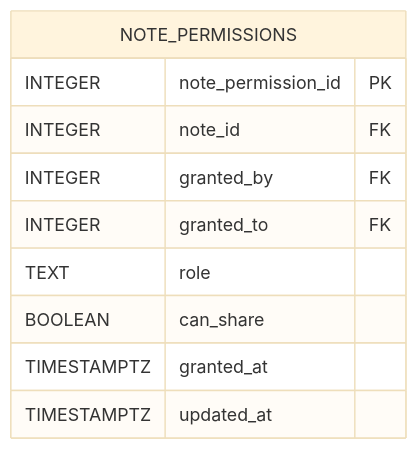
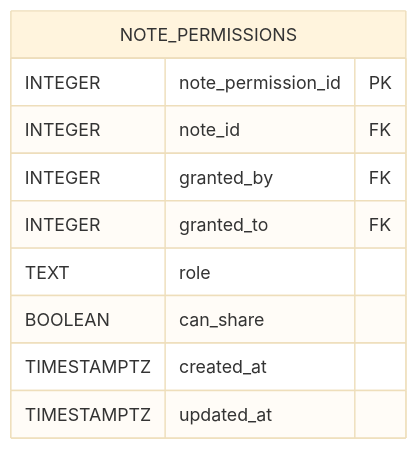
Before and after one commit to go-park-mail-ru/2025_2_FiveCode: the ninth of 12 diagrams in db/normalized/relations.md, drawn with Mermaid (base theme). The commit also changed other lines of this file and 2 other files, not shown here.

````diff
--- a/db/normalized/relations.md
+++ b/db/normalized/relations.md
@@ -236,13 +277,13 @@
 ```mermaid
 erDiagram
-  NOTE_PERMISSIONS {
-    INTEGER note_permission_id PK
-    INTEGER note_id FK 
-    INTEGER granted_by FK 
-    INTEGER granted_to FK 
-    TEXT role 
-    BOOLEAN can_share 
-    TIMESTAMPTZ granted_at
-    TIMESTAMPTZ updated_at
-  }
+    NOTE_PERMISSIONS {
+        INTEGER note_permission_id PK
+        INTEGER note_id FK
+        INTEGER granted_by FK
+        INTEGER granted_to FK
+        TEXT role
+        BOOLEAN can_share
+        TIMESTAMPTZ created_at
+        TIMESTAMPTZ updated_at
+    }
 ```
````
